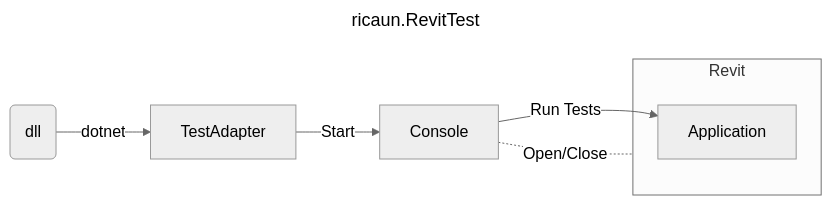
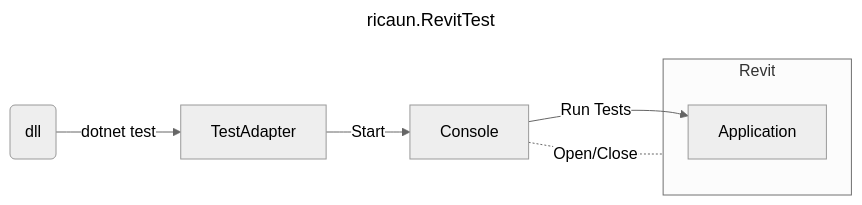
The diagram in README.md (ehtick/ricaun.RevitTest), drawn with Mermaid (neutral theme) before and after one commit.

````diff
--- a/README.md
+++ b/README.md
@@ -13,17 +13,17 @@
 ```mermaid
 ---
 title: ricaun.RevitTest
 ---
 flowchart LR
     dll(dll)
     TestAdapter[TestAdapter]
     Console[Console]
     Application[Application]
-    dll--dotnet-->TestAdapter
+    dll--dotnet test-->TestAdapter
     TestAdapter--Start-->Console
     Console--Run Tests-->Application
     Console-.Open/Close.-Revit
     subgraph Revit [Revit]
         Application
     end
 ```
````
